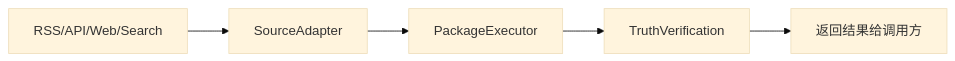
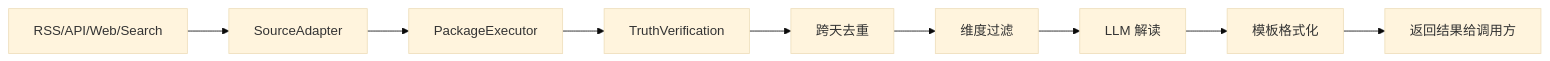
One commit to xinovate/linglong-knowledge changed the diagram in docs/ingest/README.md. Above: the diagram before and after it, drawn with Mermaid (base theme). The commit also changed other lines of this file and 1 other file, not shown here.

Commit message:
docs(ingest): 更新文档 — SearXNG 搜索 + LLM 解读 + Pipeline 阶段

````diff
--- a/docs/ingest/README.md
+++ b/docs/ingest/README.md
@@ -38,7 +38,11 @@
 ```mermaid
 graph LR
     A[RSS/API/Web/Search] --> B[SourceAdapter]
     B --> C[PackageExecutor]
     C --> D[TruthVerification]
-    D --> E[返回结果给调用方]
+    D --> E[跨天去重]
+    E --> F[维度过滤]
+    F --> G[LLM 解读]
+    G --> H[模板格式化]
+    H --> I[返回结果给调用方]
 ```
````
